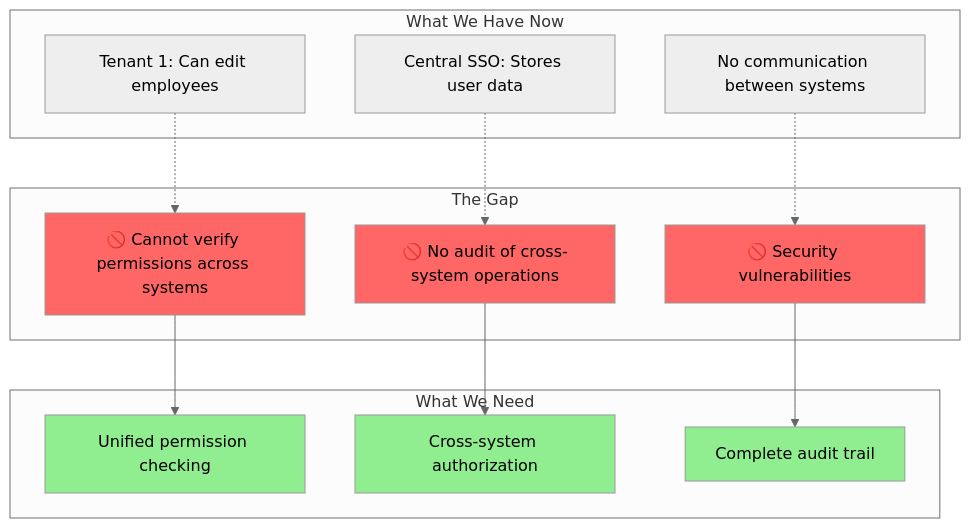
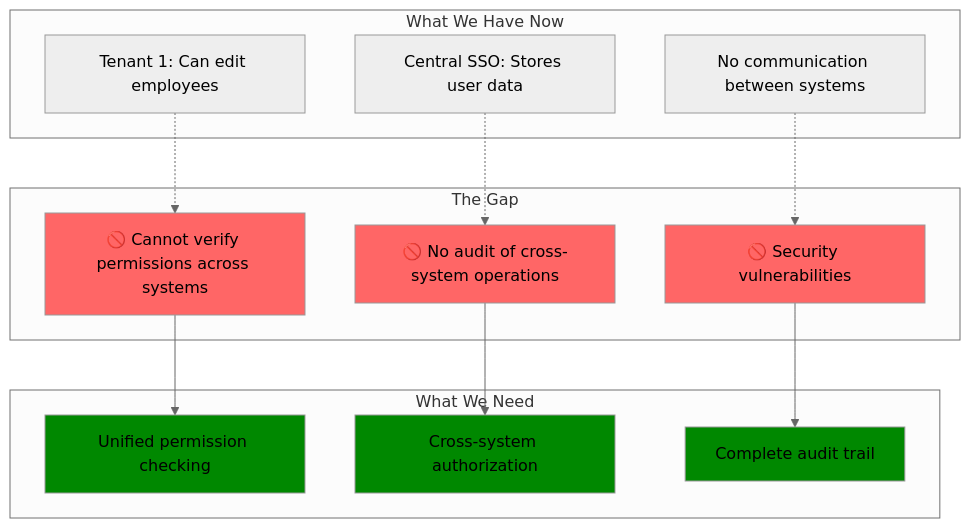
The seventh of 21 diagrams in docs/architecture/challenges-and-solutions.md (hi-dil/SSO-POC), drawn with Mermaid (neutral theme) before and after one commit. The commit also changed other lines of this file, not shown here.

````diff
--- a/docs/architecture/challenges-and-solutions.md
+++ b/docs/architecture/challenges-and-solutions.md
@@ -216,35 +213,35 @@
 ```mermaid
 flowchart TB
     subgraph "What We Have Now"
         H1[Tenant 1: Can edit employees] 
         H2[Central SSO: Stores user data]
         H3[No communication between systems]
     end
     
     subgraph "What We Need"
         N1[Unified permission checking]
         N2[Cross-system authorization]
         N3[Complete audit trail]
     end
     
     subgraph "The Gap"
         G1[🚫 Cannot verify permissions across systems]
         G2[🚫 No audit of cross-system operations]
         G3[🚫 Security vulnerabilities]
     end
     
     H1 -.-> G1
     H2 -.-> G2
     H3 -.-> G3
     
     G1 --> N1
     G2 --> N2
     G3 --> N3
     
     style G1 fill:#ff6666
     style G2 fill:#ff6666
     style G3 fill:#ff6666
-    style N1 fill:#90EE90
-    style N2 fill:#90EE90
-    style N3 fill:#90EE90
+    style N1 fill:#008800
+    style N2 fill:#008800
+    style N3 fill:#008800
 ```
````
